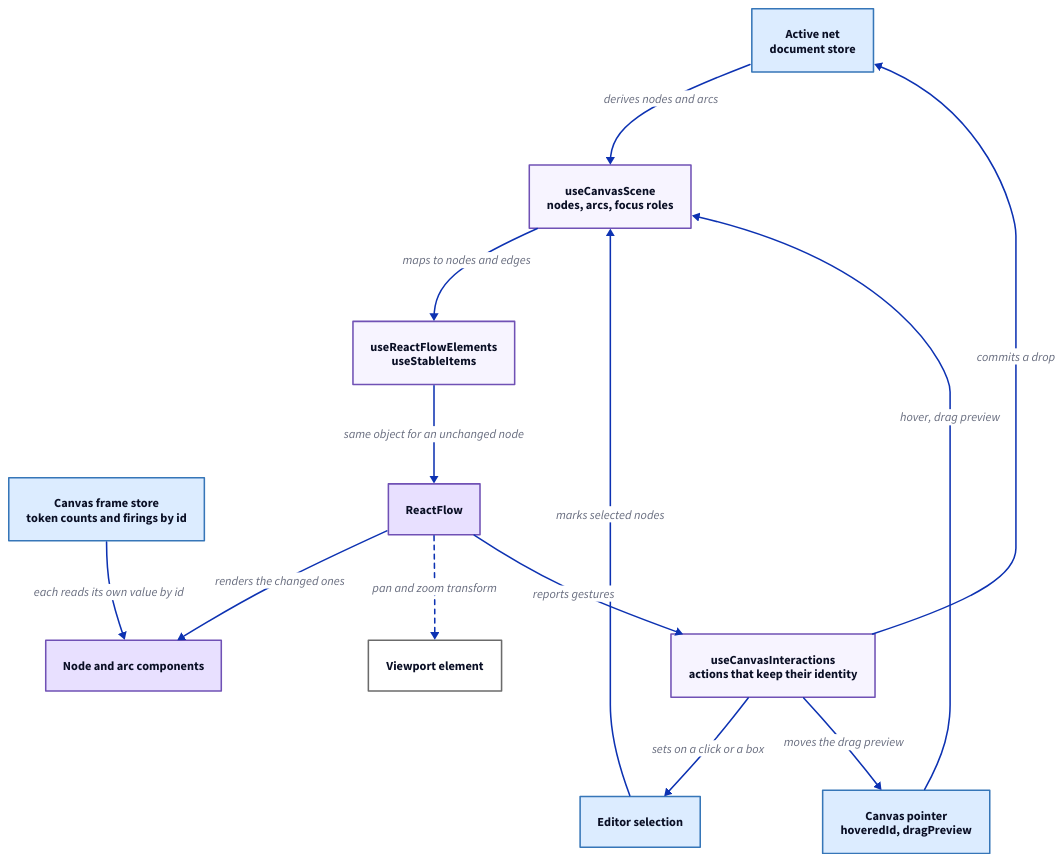
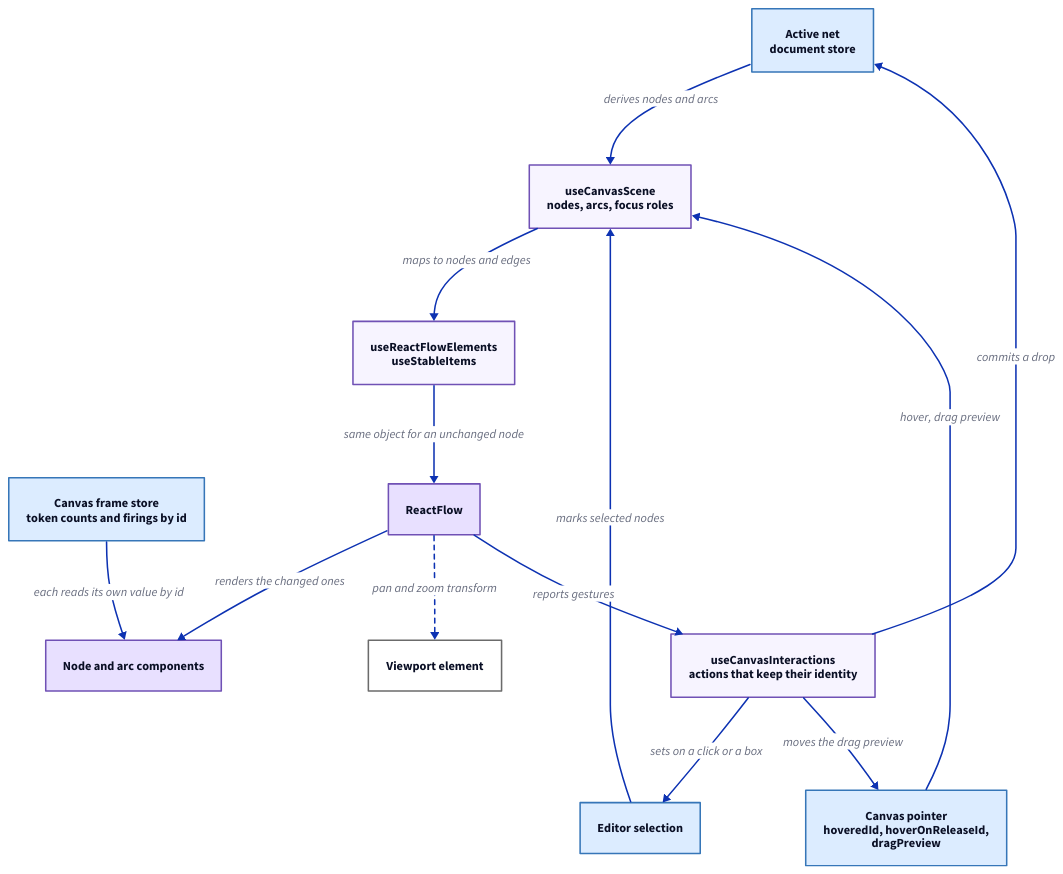
One commit to hashintel/hash changed the diagram in libs/@hashintel/petrinaut/src/ui/views/SDCPN/canvas-flow.d2. Above: the diagram before and after it, drawn with D2. The commit also changed 1 other file, not shown here.

Commit message:
FE-2319: Name the item that waits for a release in the canvas guide
The guide's diagram and the sentence that introduces the canvas pointer listed the hover and the drag preview only. Both now name the third thing the pointer holds, the item that waits for a release to be hovered.

```diff
--- a/libs/@hashintel/petrinaut/src/ui/views/SDCPN/canvas-flow.d2
+++ b/libs/@hashintel/petrinaut/src/ui/views/SDCPN/canvas-flow.d2
@@ -1,37 +1,37 @@
 # Hand-written; rendered by the arch-docs build. React components and hooks
 # use the purple palette, stores the blue one.
 direction: down
 
 vars: {
   d2-legend: {
     a -> b: passes data or calls
     a -> b: writes each frame {style.stroke-dash: 3}
     a.style.opacity: 0
     b.style.opacity: 0
   }
 }
 
 net: "Active net\ndocument store" {style.fill: "#dcecff"; style.stroke: "#3676b8"}
 selection: "Editor selection" {style.fill: "#dcecff"; style.stroke: "#3676b8"}
-pointer: "Canvas pointer\nhoveredId, dragPreview" {style.fill: "#dcecff"; style.stroke: "#3676b8"}
+pointer: "Canvas pointer\nhoveredId, hoverOnReleaseId,\ndragPreview" {style.fill: "#dcecff"; style.stroke: "#3676b8"}
 frames: "Canvas frame store\ntoken counts and firings by id" {style.fill: "#dcecff"; style.stroke: "#3676b8"}
 
 scene: "useCanvasScene\nnodes, arcs, focus roles" {style.fill: "#f7f4ff"; style.stroke: "#7051b5"}
 elements: "useReactFlowElements\nuseStableItems" {style.fill: "#f7f4ff"; style.stroke: "#7051b5"}
 flow: "ReactFlow" {style.fill: "#e8e0ff"; style.stroke: "#7051b5"}
 items: "Node and arc components" {style.fill: "#e8e0ff"; style.stroke: "#7051b5"}
 pane: "Viewport element" {style.fill: "#ffffff"; style.stroke: "#6b6b6b"}
 interactions: "useCanvasInteractions\nactions that keep their identity" {style.fill: "#f7f4ff"; style.stroke: "#7051b5"}
 
 net -> scene: "derives nodes and arcs"
 selection -> scene: "marks selected nodes"
 pointer -> scene: "hover, drag preview"
 scene -> elements: "maps to nodes and edges"
 elements -> flow: "same object for an unchanged node"
 flow -> items: "renders the changed ones"
 frames -> items: "each reads its own value by id"
 flow -> pane: "pan and zoom transform" {style.stroke-dash: 3}
 flow -> interactions: "reports gestures"
 interactions -> selection: "sets on a click or a box"
 interactions -> pointer: "moves the drag preview"
 interactions -> net: "commits a drop"
```
